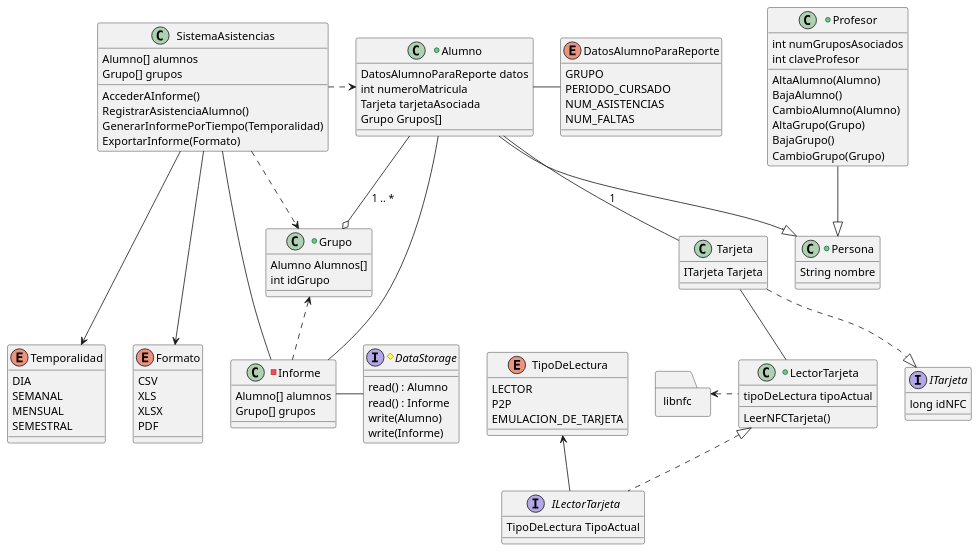
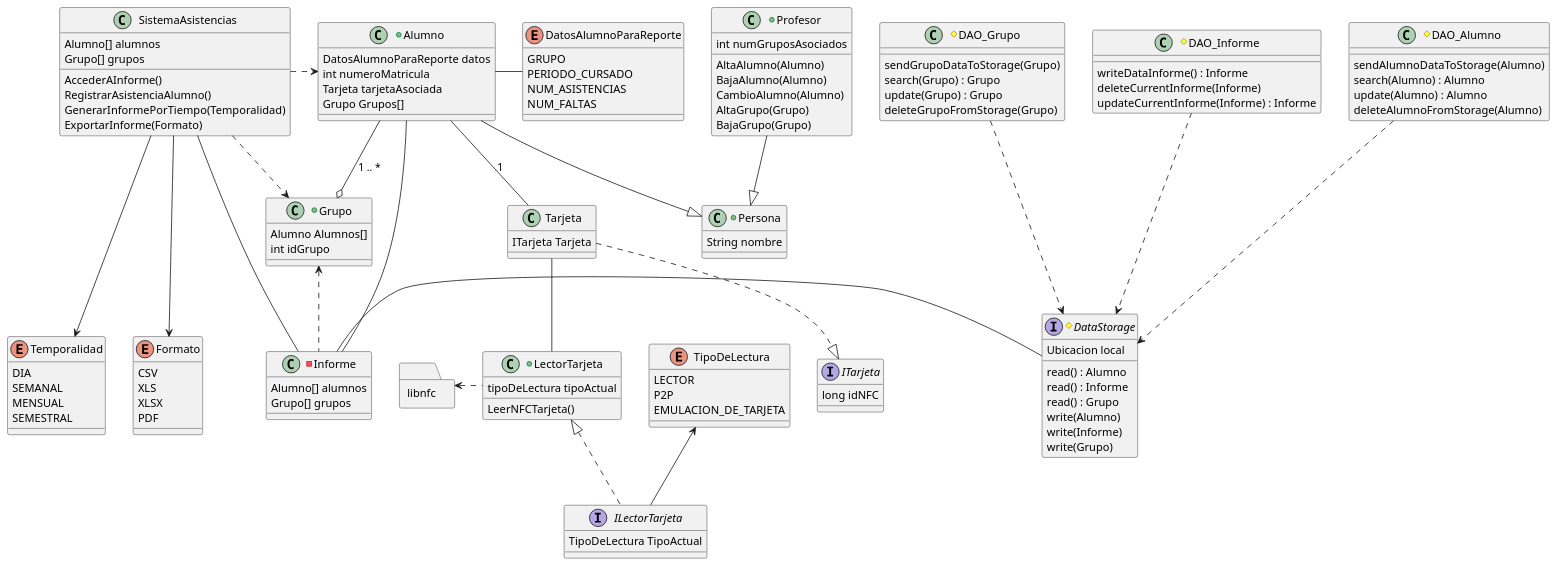
One commit to GirTabAleph/ProyectoSistemas changed the diagram in Diseño/Diseño/3.Diagrama de clases/diagramaClases.puml. Above: the diagram before and after it, drawn with PlantUML.

Commit message:
Añadir DAOs necesarios a diagramaClases.puml

```diff
--- a/Diseño/Diseño/3.Diagrama de clases/diagramaClases.puml
+++ b/Diseño/Diseño/3.Diagrama de clases/diagramaClases.puml
@@ -49,32 +49,30 @@
 
 }
 
+
+#interface DataStorage{
+Ubicacion local
+
+'Toda esta interfaz es únicamente de métodos.
+read() : Alumno
+read() : Informe
+read() : Grupo
+write(Alumno)
+write(Informe)
+write(Grupo)
+
+}
+
 'Dado que libnfc es una biblioteca ya existente, el paquete es el mejor elemento que se le ajusta.
 'Para efectos prácticos basta con dejar solo el nombre de la biblioteca.
 package libnfc <<folder>>{
-
-
 }
 
-'Esta clase técnicamente es protegida porque solo ciertas clases pueden acceder a ella, no todas las clases deben accederla.
 class Tarjeta{ 
 
 ITarjeta Tarjeta
 
-
 }
-
-#interface DataStorage{
-
-'Toda esta interfaz es únicamente de métodos.
-read() : Alumno
-read() : Informe
-write(Alumno)
-write(Informe)
-
-}
-
-
 
 +class LectorTarjeta{
 
@@ -98,23 +96,18 @@
 Tarjeta tarjetaAsociada
 Grupo Grupos[]
 
-'Métodos.
-
-
 } 
 
 +class Profesor{
 
 int numGruposAsociados
-int claveProfesor
 
 'Métodos.
 AltaAlumno(Alumno)
-BajaAlumno()
+BajaAlumno(Alumno)
 CambioAlumno(Alumno)
 AltaGrupo(Grupo)
-BajaGrupo()
-CambioGrupo(Grupo)
+BajaGrupo(Grupo)
 
 }
 
@@ -135,6 +128,34 @@
 RegistrarAsistenciaAlumno()
 GenerarInformePorTiempo(Temporalidad)
 ExportarInforme(Formato)
+
+}
+
+#class DAO_Alumno{
+
+'El DAO es exclusivamente métodos.
+
+sendAlumnoDataToStorage(Alumno)
+search(Alumno) : Alumno
+update(Alumno) : Alumno
+deleteAlumnoFromStorage(Alumno)
+
+}
+
+#class DAO_Grupo{
+
+sendGrupoDataToStorage(Grupo)
+search(Grupo) : Grupo
+update(Grupo) : Grupo
+deleteGrupoFromStorage(Grupo)
+
+}
+
+#class DAO_Informe{
+
+writeDataInforme() : Informe
+deleteCurrentInforme(Informe)
+updateCurrentInforme(Informe) : Informe
 
 }
 
@@ -178,6 +199,11 @@
 SistemaAsistencias .> Grupo
 SistemaAsistencias -- Informe
 
+'Un cambio en DataStorage cambia el funcionamiento de los DAOs.
+DAO_Alumno ...> DataStorage
+DAO_Grupo ...> DataStorage
+DAO_Informe ...> DataStorage
+
 Informe - DataStorage
 Informe - Alumno
 @enduml
```
